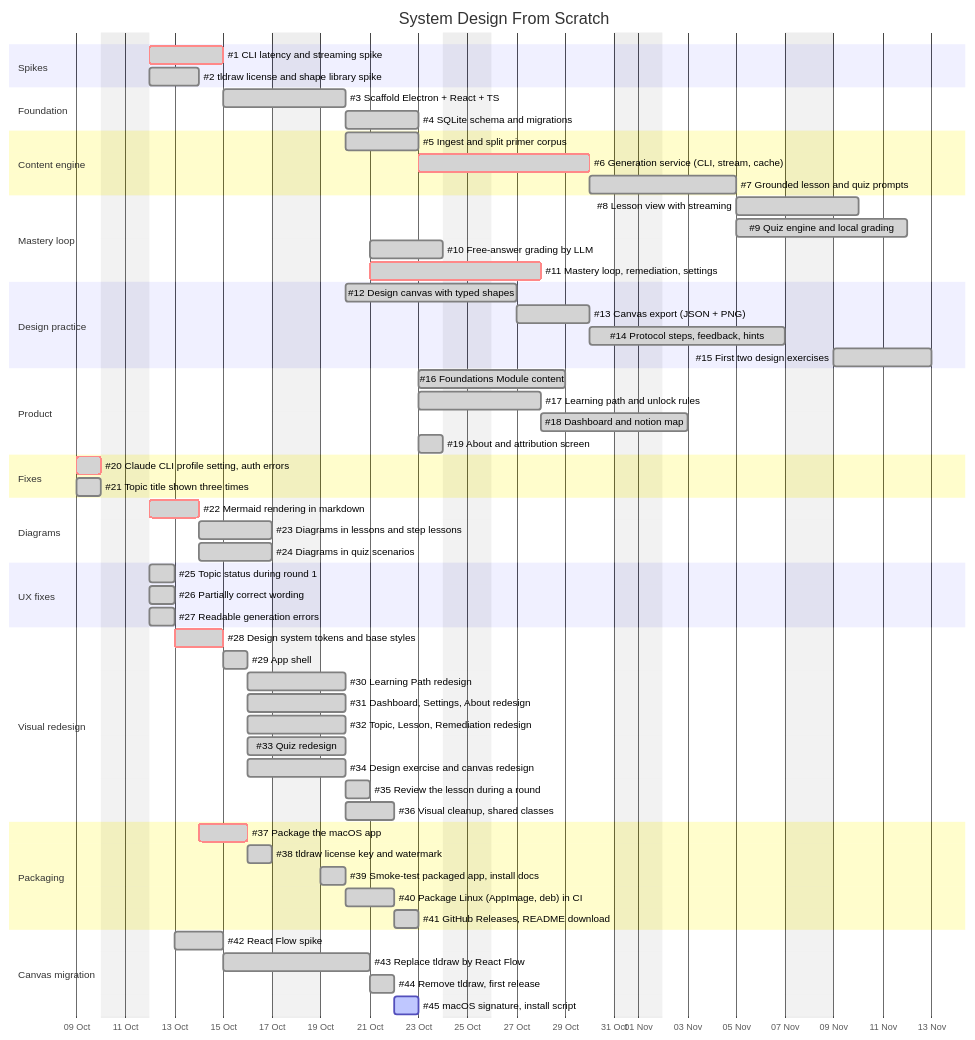
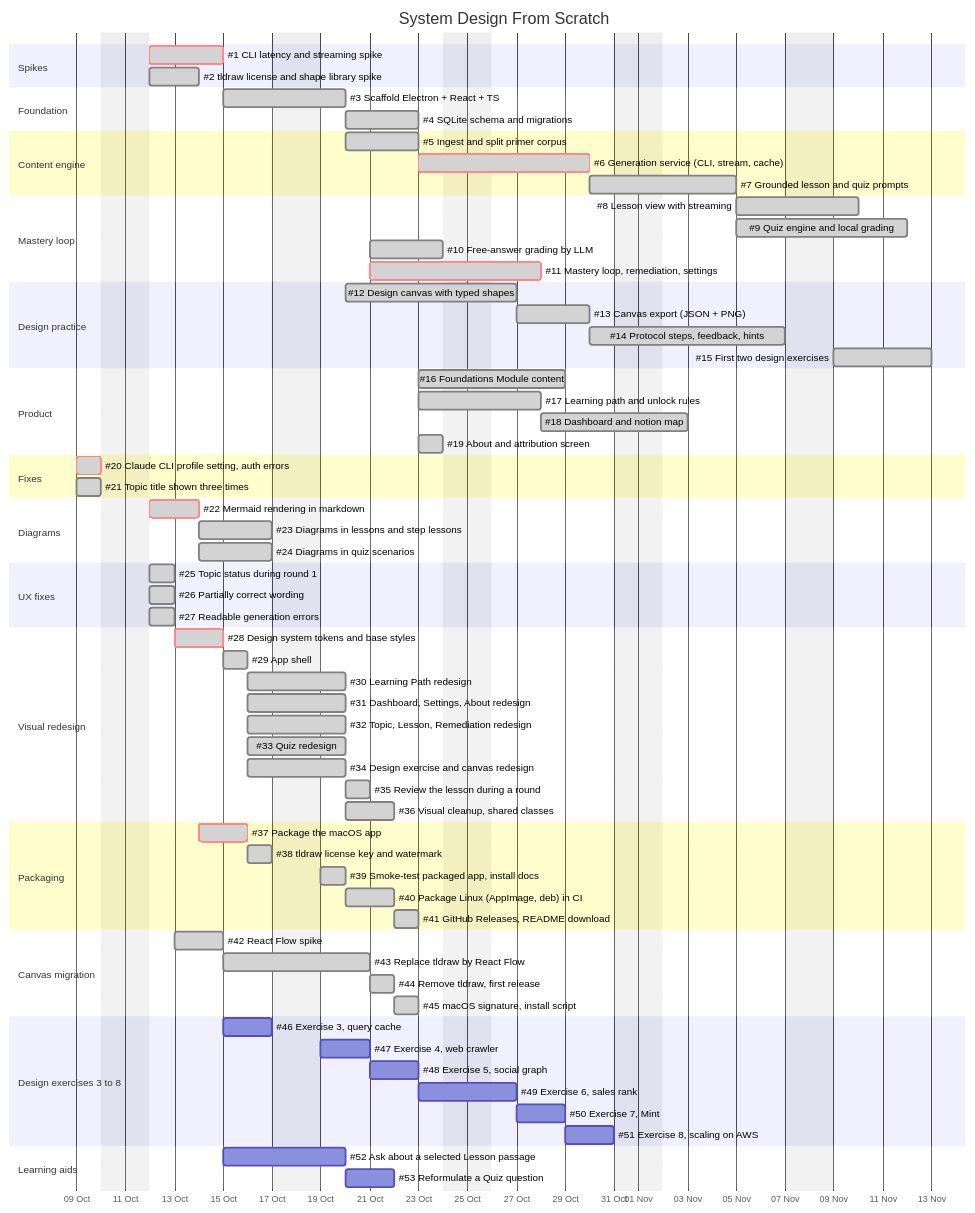
One commit to jbclaramonte/system-design-from-scratch changed the diagram in docs/ROADMAP.md. Above: the diagram before and after it, drawn with Mermaid. The commit also changed other lines of this file, not shown here.

Commit message:
docs: roadmap, design exercises 3 to 8 (#46-#51) and learning aids (#52, #53)

````diff
--- a/docs/ROADMAP.md
+++ b/docs/ROADMAP.md
@@ -84,5 +84,17 @@
     #42 React Flow spike                      :done, m1, 2026-10-13, 2d
     #43 Replace tldraw by React Flow          :done, m2, after m1, 4d
     #44 Remove tldraw, first release          :done, m3, after m2, 1d
-    #45 macOS signature, install script       :active, m4, after m3, 1d
+    #45 macOS signature, install script       :done, m4, after m3, 1d
+
+    section Design exercises 3 to 8
+    #46 Exercise 3, query cache               :e3, 2026-10-15, 2d
+    #47 Exercise 4, web crawler               :e4, after e3, 2d
+    #48 Exercise 5, social graph              :e5, after e4, 2d
+    #49 Exercise 6, sales rank                :e6, after e5, 2d
+    #50 Exercise 7, Mint                      :e7, after e6, 2d
+    #51 Exercise 8, scaling on AWS            :e8, after e7, 2d
+
+    section Learning aids
+    #52 Ask about a selected Lesson passage   :a1, 2026-10-15, 3d
+    #53 Reformulate a Quiz question           :a2, after a1, 2d
 ```
````
